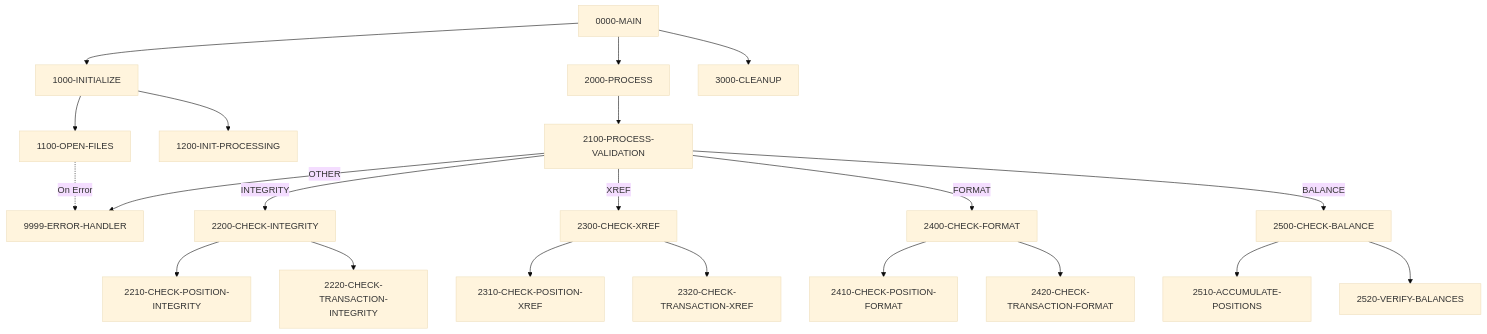
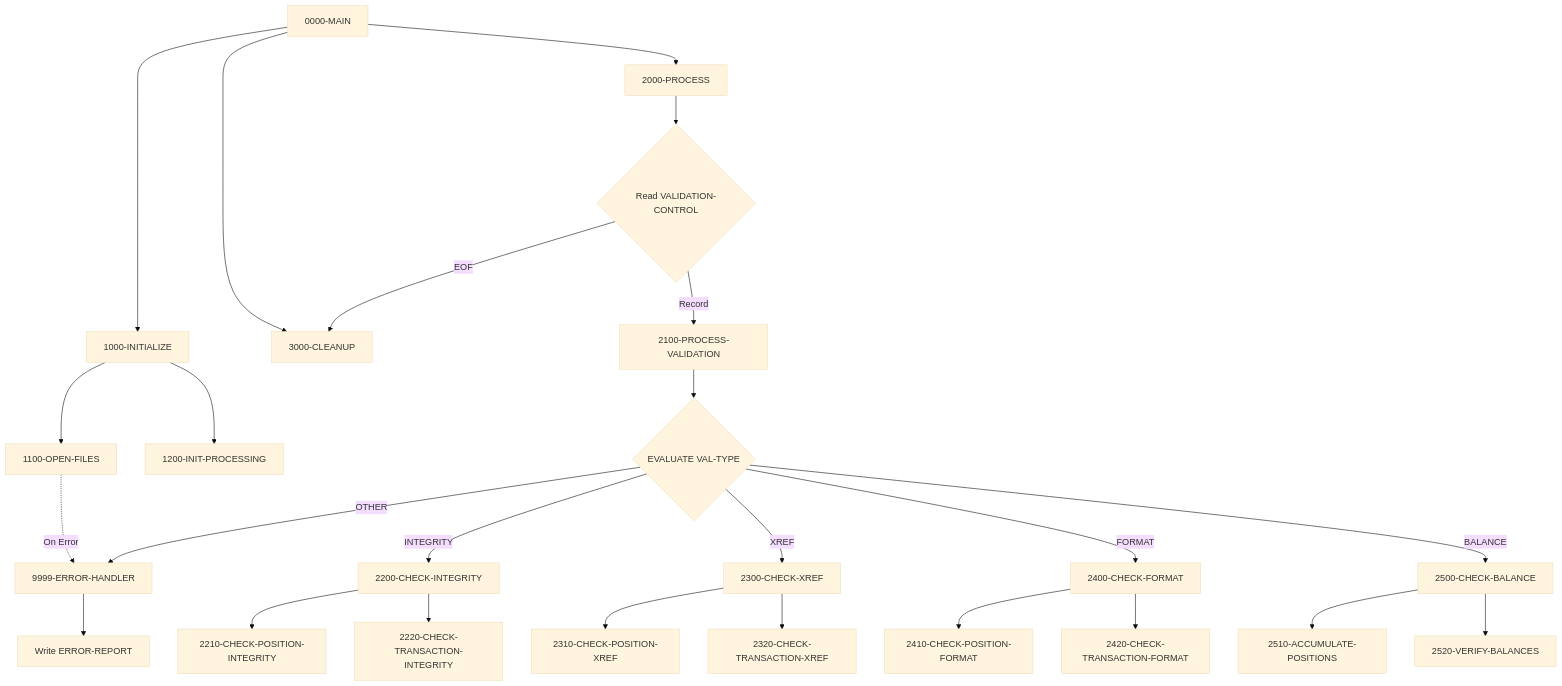
One commit to haladir-com/legacy-benchmark-docs-vb70e1 changed the diagram in docs/programs/UTLVAL00.mdx. Above: the diagram before and after it, drawn with Mermaid (base theme). The commit also changed other lines of this file and 63 other files, not shown here.

````diff
--- a/docs/programs/UTLVAL00.mdx
+++ b/docs/programs/UTLVAL00.mdx
@@ -20,30 +21,35 @@
 ```mermaid
 graph TD
     A[0000-MAIN] --> B[1000-INITIALIZE]
     A --> C[2000-PROCESS]
     A --> D[3000-CLEANUP]
     
     B --> B1[1100-OPEN-FILES]
     B --> B2[1200-INIT-PROCESSING]
     B1 -.->|On Error| E[9999-ERROR-HANDLER]
     
-    C --> C1[2100-PROCESS-VALIDATION]
+    C --> C1{Read VALIDATION-CONTROL}
+    C1 -->|EOF| D
+    C1 -->|Record| C2[2100-PROCESS-VALIDATION]
     
-    C1 -->|INTEGRITY| F[2200-CHECK-INTEGRITY]
-    C1 -->|XREF| G[2300-CHECK-XREF]
-    C1 -->|FORMAT| H[2400-CHECK-FORMAT]
-    C1 -->|BALANCE| I[2500-CHECK-BALANCE]
-    C1 -->|OTHER| E
+    C2 --> F{EVALUATE VAL-TYPE}
+    F -->|INTEGRITY| G[2200-CHECK-INTEGRITY]
+    F -->|XREF| H[2300-CHECK-XREF]
+    F -->|FORMAT| I[2400-CHECK-FORMAT]
+    F -->|BALANCE| J[2500-CHECK-BALANCE]
+    F -->|OTHER| E
     
-    F --> F1[2210-CHECK-POSITION-INTEGRITY]
-    F --> F2[2220-CHECK-TRANSACTION-INTEGRITY]
+    G --> G1[2210-CHECK-POSITION-INTEGRITY]
+    G --> G2[2220-CHECK-TRANSACTION-INTEGRITY]
     
-    G --> G1[2310-CHECK-POSITION-XREF]
-    G --> G2[2320-CHECK-TRANSACTION-XREF]
+    H --> H1[2310-CHECK-POSITION-XREF]
+    H --> H2[2320-CHECK-TRANSACTION-XREF]
     
-    H --> H1[2410-CHECK-POSITION-FORMAT]
-    H --> H2[2420-CHECK-TRANSACTION-FORMAT]
+    I --> I1[2410-CHECK-POSITION-FORMAT]
+    I --> I2[2420-CHECK-TRANSACTION-FORMAT]
     
-    I --> I1[2510-ACCUMULATE-POSITIONS]
-    I --> I2[2520-VERIFY-BALANCES]
+    J --> J1[2510-ACCUMULATE-POSITIONS]
+    J --> J2[2520-VERIFY-BALANCES]
+    
+    E --> E1[Write ERROR-REPORT]
 ```
````
